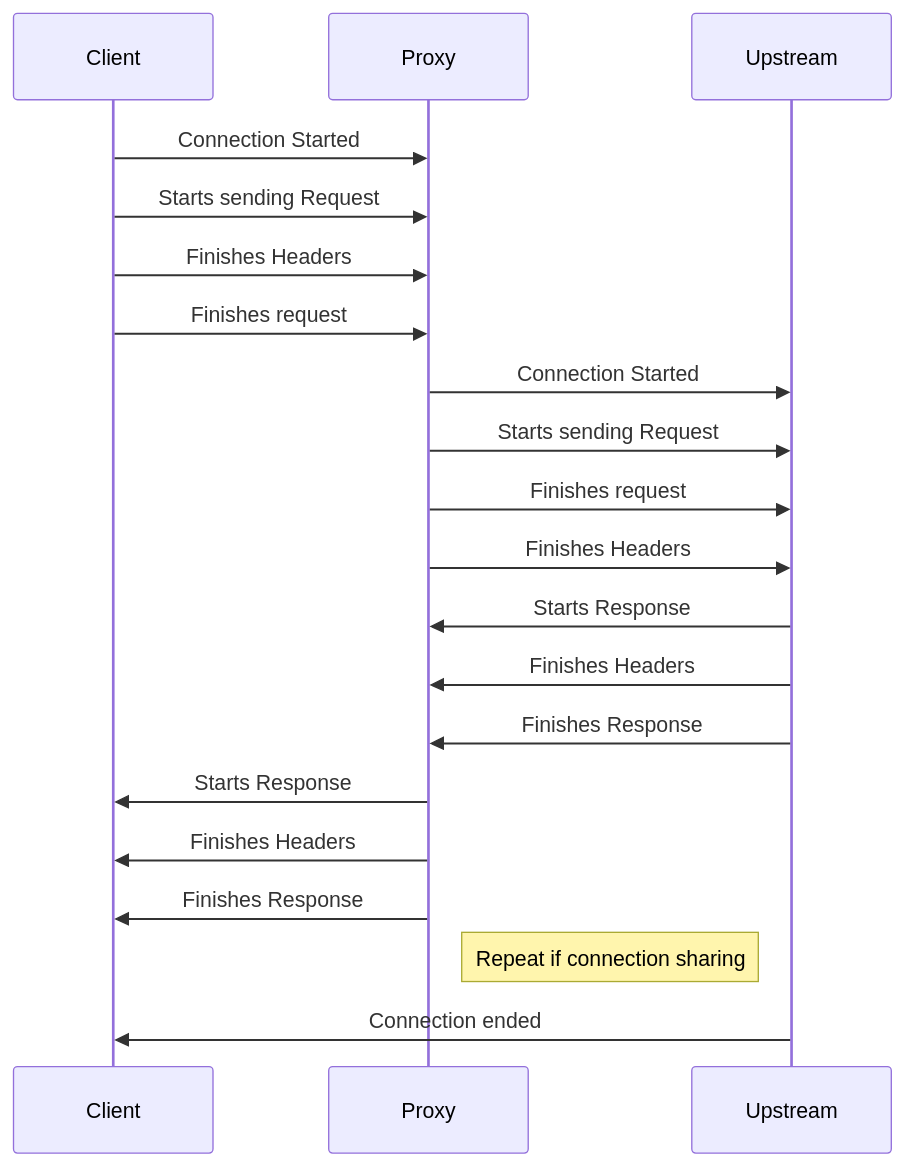
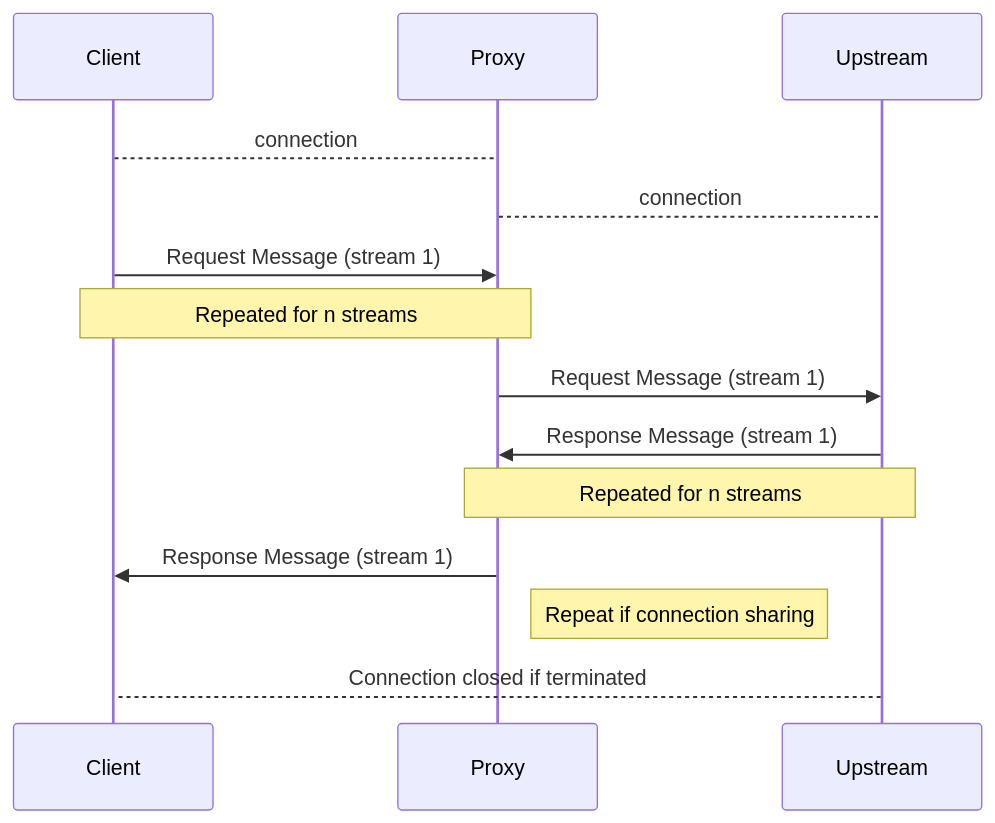
Before and after one commit to kubernetes-sigs/gateway-api: the first of 2 diagrams in geps/gep-3139/index.md, drawn with Mermaid. The commit also changed other lines of this file, not shown here.

````diff
--- a/geps/gep-3139/index.md
+++ b/geps/gep-3139/index.md
@@ -37,22 +45,19 @@
 ```mermaid
 sequenceDiagram
+  
     participant C as Client
     participant P as Proxy
     participant U as Upstream
-    C->>P: Connection Started
-    C->>P: Starts sending Request
-    C->>P: Finishes Headers
-    C->>P: Finishes request
-    P->>U: Connection Started
-    P->>U: Starts sending Request
-    P->>U: Finishes request
-    P->>U: Finishes Headers
-    U->>P: Starts Response
-    U->>P: Finishes Headers
-    U->>P: Finishes Response
-    P->>C: Starts Response
-    P->>C: Finishes Headers
-    P->>C: Finishes Response
+    C-->P: connection
+
+    P-->U: connection
+    C->>P: Request Message (stream 1)
+
+    Note over C,P: Repeated for n streams
+    P->>U: Request Message (stream 1)
+    U->>P: Response Message (stream 1)
+    Note over P,U: Repeated for n streams
+    P->>C: Response Message (stream 1)
     Note right of P: Repeat if connection sharing
-    U->>C: Connection ended
+    U-->C: Connection closed if terminated
 ```
````
